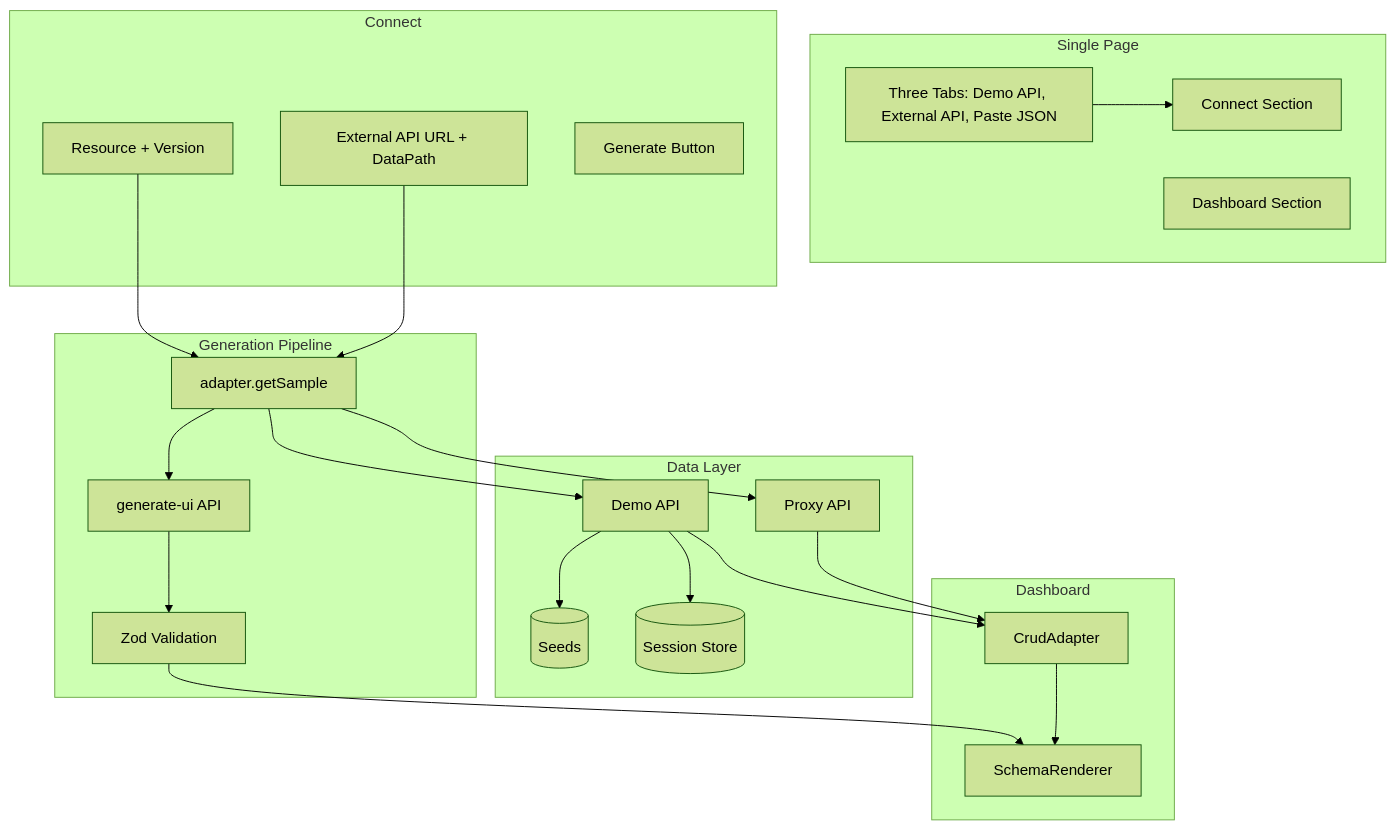
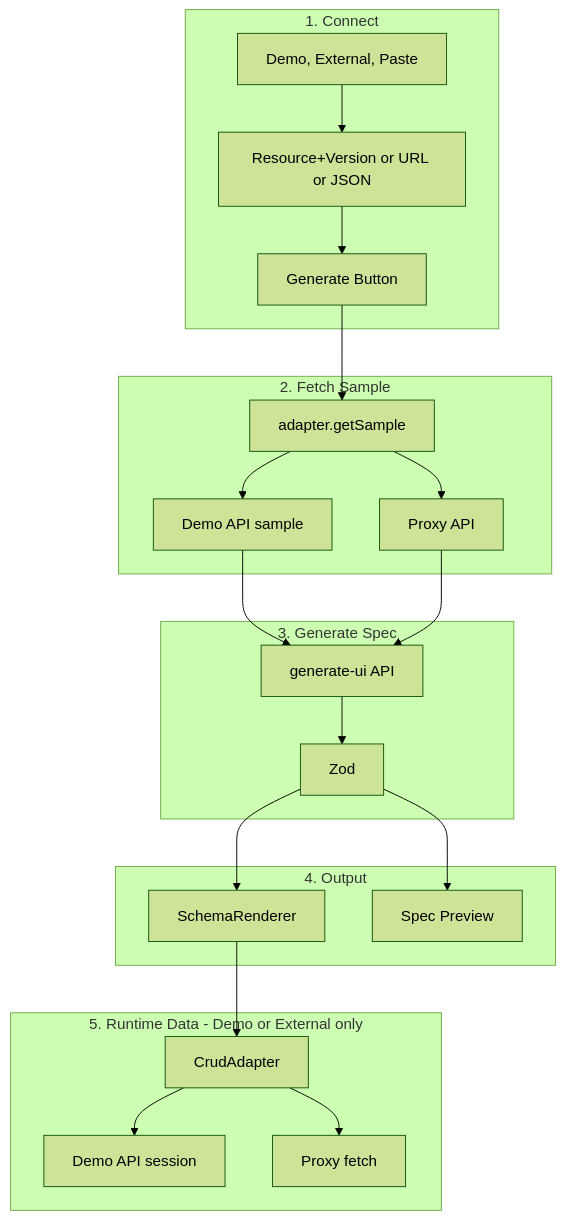
The diagram in ARCHITECTURE.md (staskurg/rapid-ui), drawn with Mermaid (forest theme) before and after one commit. The commit also changed other lines of this file, not shown here.

Commit message:
ARCHITECTURE: Improve diagram with clear workflow and verification
- Rewrite diagram: Connect → Sample → Spec → Output → Runtime
- Add Spec Preview to output flow
- Clarify Demo vs Proxy as mutually exclusive paths
- Document Paste mode: no adapter, local state for CRUD
- Add note that Runtime applies to Demo/External only

````diff
--- a/ARCHITECTURE.md
+++ b/ARCHITECTURE.md
@@ -17,46 +38,44 @@
 ```mermaid
-flowchart TB
-    subgraph singlePage [Single Page]
-        Tabs["Three Tabs: Demo API, External API, Paste JSON"]
-        Connect[Connect Section]
-        Dashboard[Dashboard Section]
+graph TB
+    subgraph Connect [1. Connect]
+        Tabs[Demo, External, Paste]
+        Config[Resource+Version or URL or JSON]
+        Generate[Generate Button]
     end
 
-    subgraph connectSection [Connect]
-        ResourceSelect[Resource + Version]
-        ExternalURL["External API URL + DataPath"]
-        GenerateBtn[Generate Button]
+    subgraph Sample [2. Fetch Sample]
+        GetSample[adapter.getSample]
+        DemoAPI[Demo API sample]
+        ProxyAPI[Proxy API]
     end
 
-    subgraph pipeline [Generation Pipeline]
-        GetSample["adapter.getSample"]
-        GenerateUI["generate-ui API"]
-        Validate[Zod Validation]
+    subgraph Spec [3. Generate Spec]
+        GenerateUI[generate-ui API]
+        Validate[Zod]
     end
 
-    subgraph dataLayer [Data Layer]
-        DemoAPI[Demo API]
-        ProxyAPI[Proxy API]
-        Seeds[(Seeds)]
-        SessionStore[(Session Store)]
+    subgraph Output [4. Output]
+        Renderer[SchemaRenderer]
+        SpecPreview[Spec Preview]
     end
 
-    subgraph dashboard [Dashboard]
+    subgraph Runtime [5. Runtime Data - Demo or External only]
         Adapter[CrudAdapter]
-        Renderer[SchemaRenderer]
+        DemoSession[Demo API session]
+        ProxyFetch[Proxy fetch]
     end
 
-    Tabs --> Connect
-    ResourceSelect --> GetSample
-    ExternalURL --> GetSample
+    Tabs --> Config
+    Config --> Generate
+    Generate --> GetSample
     GetSample --> DemoAPI
     GetSample --> ProxyAPI
-    DemoAPI --> Seeds
-    DemoAPI --> SessionStore
-    GetSample --> GenerateUI
+    DemoAPI --> GenerateUI
+    ProxyAPI --> GenerateUI
     GenerateUI --> Validate
     Validate --> Renderer
-    DemoAPI --> Adapter
-    ProxyAPI --> Adapter
-    Adapter --> Renderer
+    Validate --> SpecPreview
+    Renderer --> Adapter
+    Adapter --> DemoSession
+    Adapter --> ProxyFetch
 ```
````
